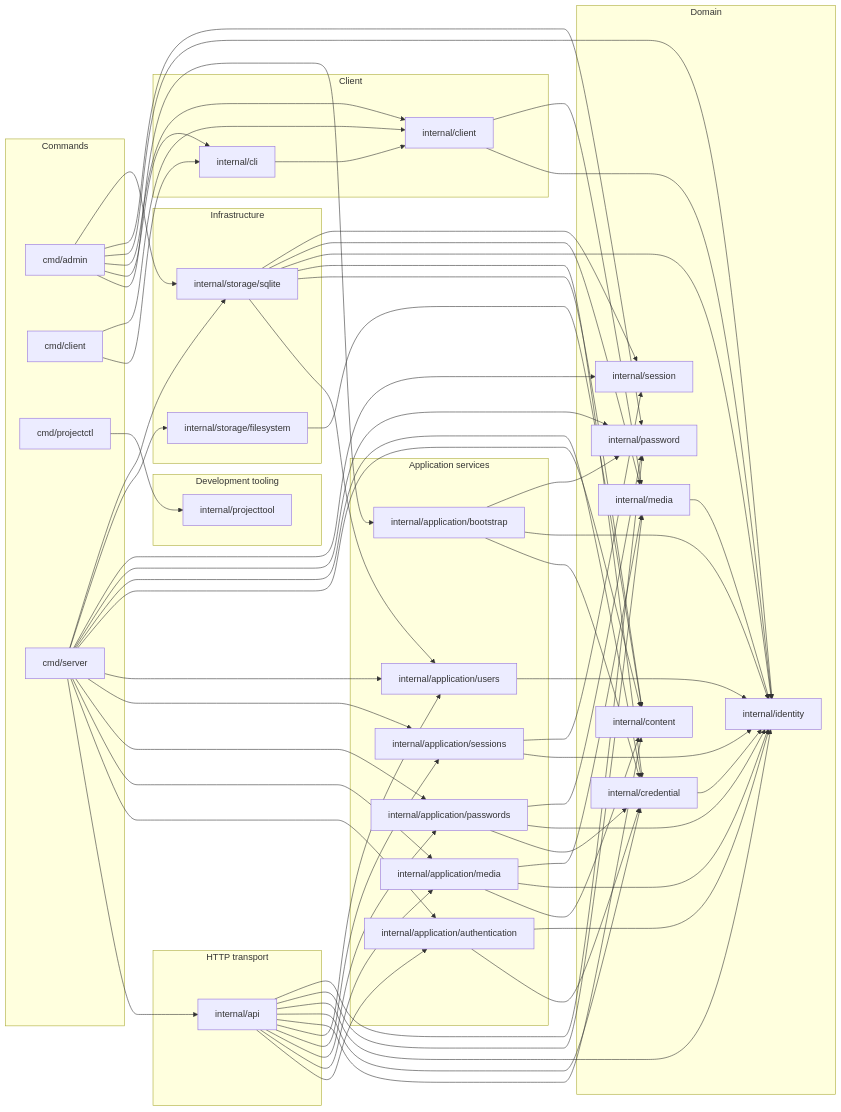
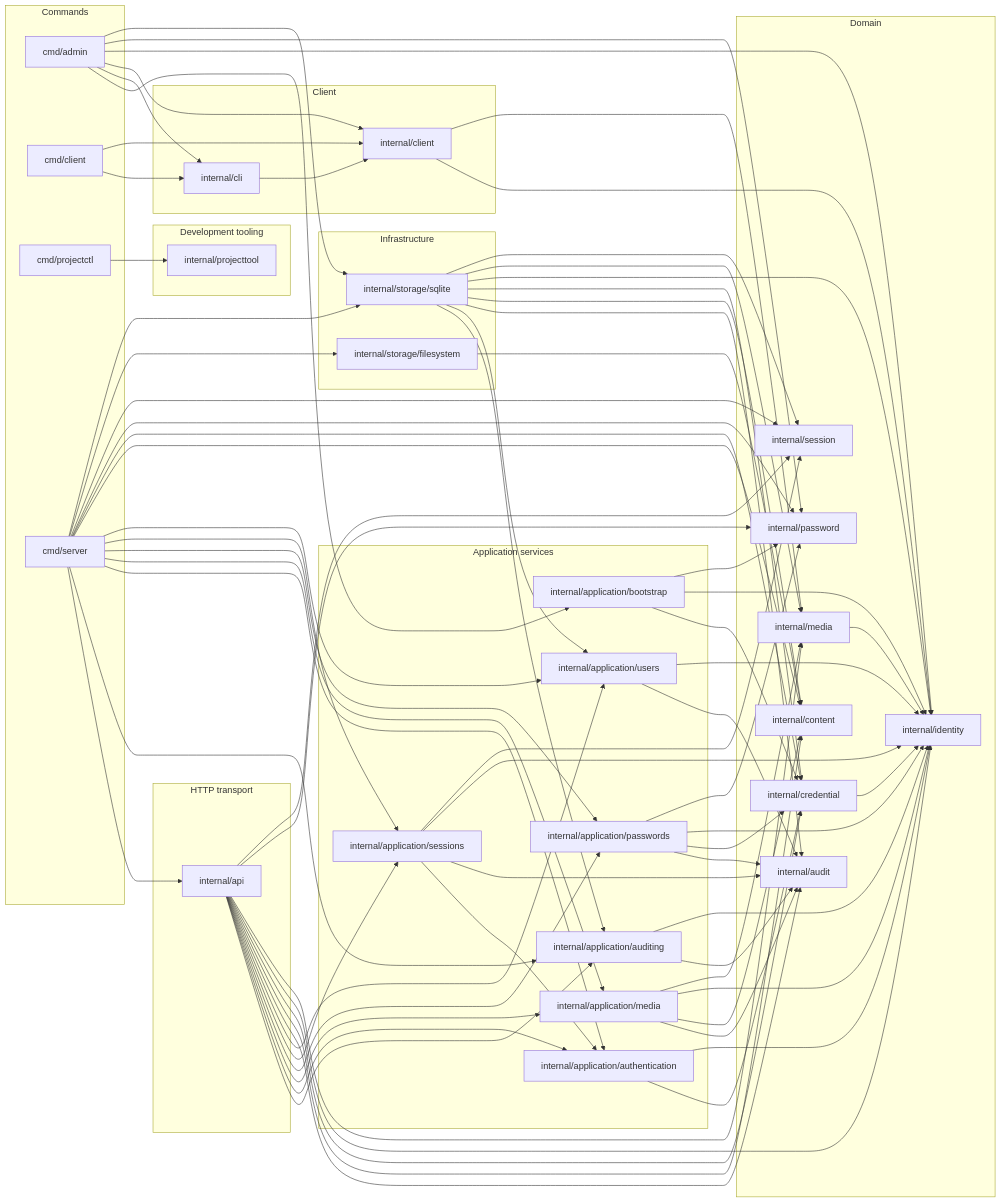
One commit to ebe542/go-mediaarchive changed the diagram in docs/architecture.md. Above: the diagram before and after it, drawn with Mermaid. The commit also changed other lines of this file and 12 other files, not shown here.

````diff
--- a/docs/architecture.md
+++ b/docs/architecture.md
@@ -30,87 +30,102 @@
     package4["internal/api"]
   end
   subgraph application["Application services"]
-    package5["internal/application/authentication"]
-    package6["internal/application/bootstrap"]
-    package7["internal/application/media"]
-    package8["internal/application/passwords"]
-    package9["internal/application/sessions"]
-    package10["internal/application/users"]
+    package5["internal/application/auditing"]
+    package6["internal/application/authentication"]
+    package7["internal/application/bootstrap"]
+    package8["internal/application/media"]
+    package9["internal/application/passwords"]
+    package10["internal/application/sessions"]
+    package11["internal/application/users"]
   end
   subgraph domain["Domain"]
-    package13["internal/content"]
-    package14["internal/credential"]
-    package15["internal/identity"]
-    package16["internal/media"]
-    package17["internal/password"]
-    package19["internal/session"]
+    package12["internal/audit"]
+    package15["internal/content"]
+    package16["internal/credential"]
+    package17["internal/identity"]
+    package18["internal/media"]
+    package19["internal/password"]
+    package21["internal/session"]
   end
   subgraph infrastructure["Infrastructure"]
-    package20["internal/storage/filesystem"]
-    package21["internal/storage/sqlite"]
+    package22["internal/storage/filesystem"]
+    package23["internal/storage/sqlite"]
   end
   subgraph client["Client"]
-    package11["internal/cli"]
-    package12["internal/client"]
+    package13["internal/cli"]
+    package14["internal/client"]
   end
   subgraph tooling["Development tooling"]
-    package18["internal/projecttool"]
+    package20["internal/projecttool"]
   end
-  package0 --> package6
-  package0 --> package11
-  package0 --> package12
-  package0 --> package15
+  package0 --> package7
+  package0 --> package13
+  package0 --> package14
   package0 --> package17
-  package0 --> package21
-  package1 --> package11
-  package1 --> package12
-  package2 --> package18
+  package0 --> package19
+  package0 --> package23
+  package1 --> package13
+  package1 --> package14
+  package2 --> package20
   package3 --> package4
   package3 --> package5
-  package3 --> package7
+  package3 --> package6
   package3 --> package8
   package3 --> package9
   package3 --> package10
-  package3 --> package13
-  package3 --> package14
-  package3 --> package17
+  package3 --> package11
+  package3 --> package15
+  package3 --> package16
   package3 --> package19
-  package3 --> package20
   package3 --> package21
+  package3 --> package22
+  package3 --> package23
   package4 --> package5
-  package4 --> package7
+  package4 --> package6
   package4 --> package8
   package4 --> package9
   package4 --> package10
-  package4 --> package13
-  package4 --> package14
+  package4 --> package11
+  package4 --> package12
   package4 --> package15
   package4 --> package16
   package4 --> package17
-  package5 --> package14
-  package5 --> package15
-  package6 --> package14
-  package6 --> package15
+  package4 --> package18
+  package4 --> package19
+  package4 --> package21
+  package5 --> package12
+  package5 --> package17
+  package6 --> package16
   package6 --> package17
-  package7 --> package13
-  package7 --> package15
   package7 --> package16
-  package8 --> package14
+  package7 --> package17
+  package7 --> package19
+  package8 --> package12
   package8 --> package15
   package8 --> package17
-  package9 --> package15
+  package8 --> package18
+  package9 --> package12
+  package9 --> package16
+  package9 --> package17
   package9 --> package19
-  package10 --> package15
+  package10 --> package6
+  package10 --> package12
+  package10 --> package17
+  package10 --> package21
   package11 --> package12
-  package12 --> package15
-  package12 --> package16
-  package14 --> package15
-  package16 --> package15
-  package20 --> package13
-  package21 --> package10
-  package21 --> package13
-  package21 --> package14
-  package21 --> package15
-  package21 --> package16
-  package21 --> package19
+  package11 --> package17
+  package13 --> package14
+  package14 --> package17
+  package14 --> package18
+  package16 --> package17
+  package18 --> package17
+  package22 --> package15
+  package23 --> package5
+  package23 --> package11
+  package23 --> package12
+  package23 --> package15
+  package23 --> package16
+  package23 --> package17
+  package23 --> package18
+  package23 --> package21
 ```
````
